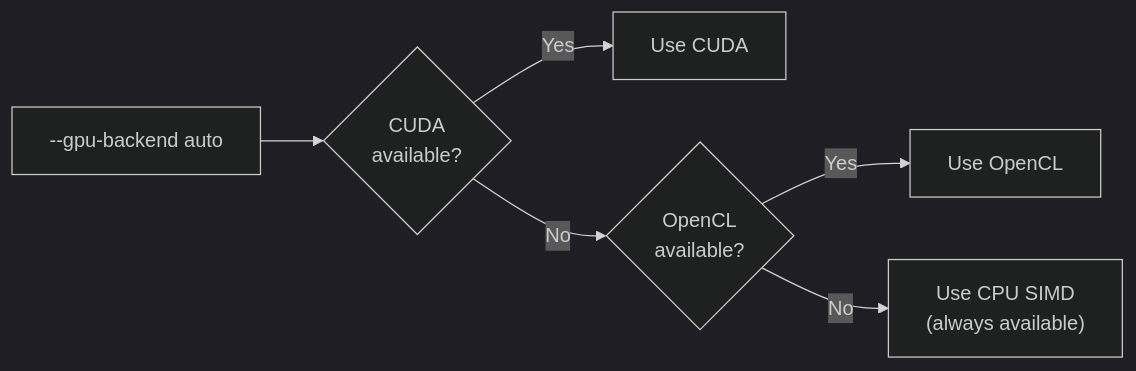
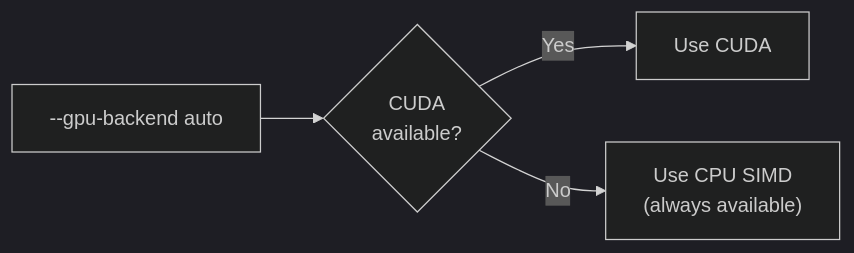
The diagram in docs/manual/src/part5-advanced/performance.md (endorses/lippycat), drawn with Mermaid (dark theme) before and after one commit. The commit also changed other lines of this file and 35 other files, not shown here.

````diff
--- a/docs/manual/src/part5-advanced/performance.md
+++ b/docs/manual/src/part5-advanced/performance.md
@@ -82,8 +82,6 @@
 ```mermaid
 flowchart LR
     Auto["--gpu-backend auto"] --> CUDA{CUDA\navailable?}
     CUDA -->|Yes| UseCUDA[Use CUDA]
-    CUDA -->|No| OCL{OpenCL\navailable?}
-    OCL -->|Yes| UseOCL[Use OpenCL]
-    OCL -->|No| SIMD["Use CPU SIMD\n(always available)"]
+    CUDA -->|No| SIMD["Use CPU SIMD\n(always available)"]
 ```
````
